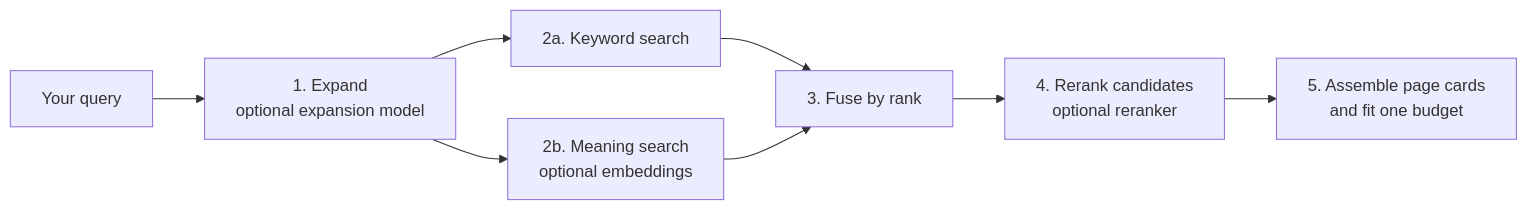
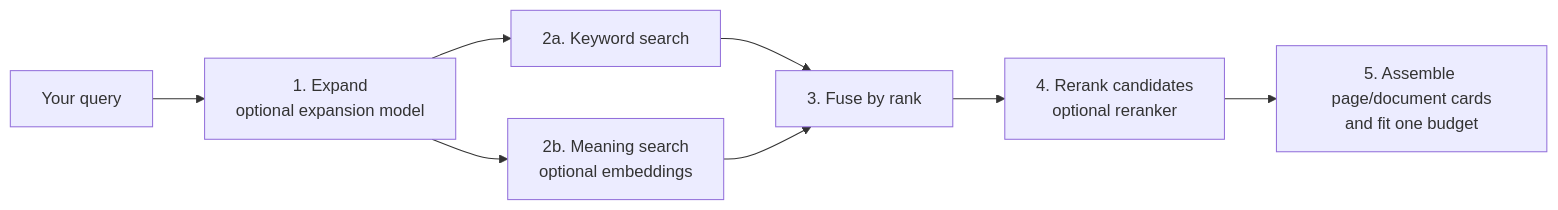
The third of 7 diagrams in HOW-IT-WORKS.md (tenphi/akno), drawn with Mermaid before and after one commit. The commit also changed other lines of this file and 23 other files, not shown here.

````diff
--- a/HOW-IT-WORKS.md
+++ b/HOW-IT-WORKS.md
@@ -270,10 +270,10 @@
 ```mermaid
 flowchart LR
     query["Your query"] --> expand["1. Expand<br/>optional expansion model"]
     expand --> lexical["2a. Keyword search"]
     expand --> semantic["2b. Meaning search<br/>optional embeddings"]
     lexical --> fuse["3. Fuse by rank"]
     semantic --> fuse
     fuse --> rerank["4. Rerank candidates<br/>optional reranker"]
-    rerank --> cards["5. Assemble page cards<br/>and fit one budget"]
+    rerank --> cards["5. Assemble page/document cards<br/>and fit one budget"]
 ```
````
